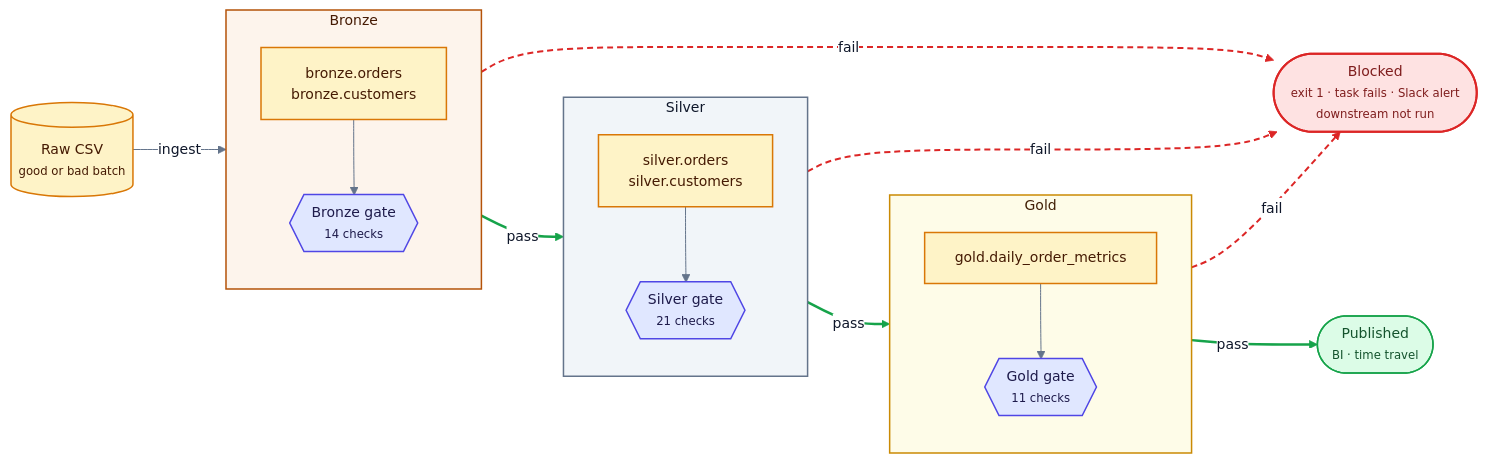
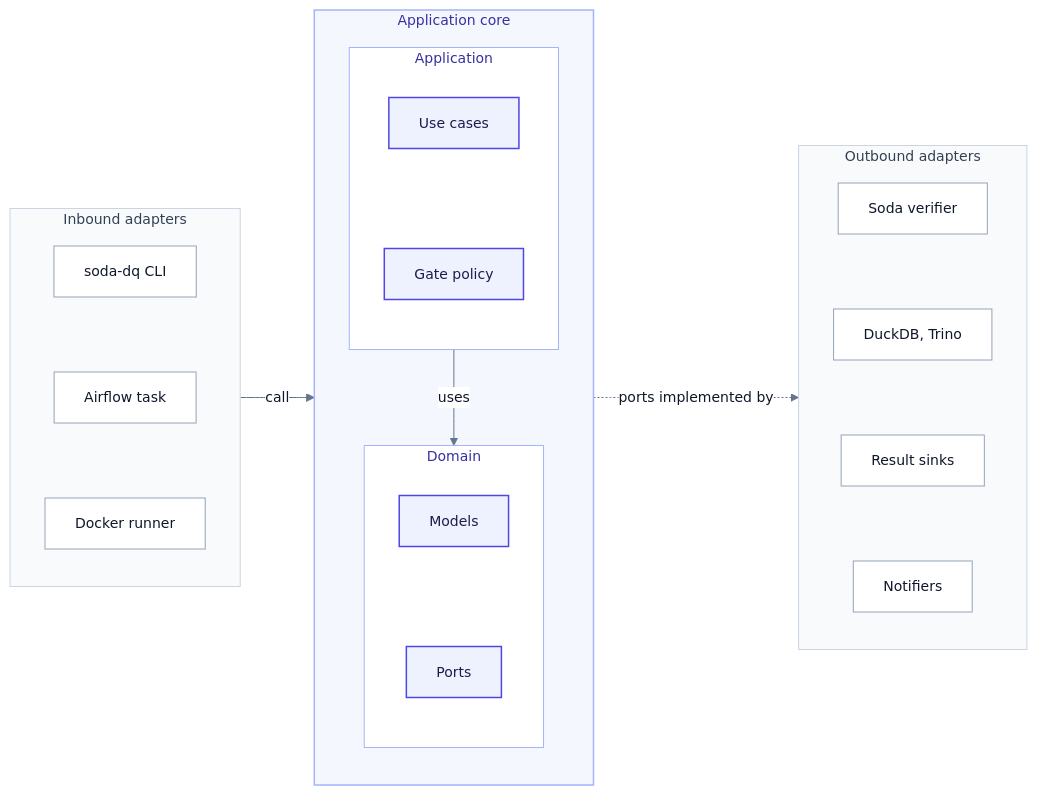
The second of 7 diagrams in docs/architecture.md (santoshshinde2012/lakehouse-quality-gates), drawn with Mermaid before and after one commit. The commit also changed other lines of this file and 21 other files, not shown here.

Commit message:
docs: professional system architecture diagram

````diff
--- a/docs/architecture.md
+++ b/docs/architecture.md
@@ -115,46 +81,48 @@
 ```mermaid
-%%{init: {'theme':'base','themeVariables':{'fontFamily':'Inter, system-ui, -apple-system, Segoe UI, Helvetica, Arial, sans-serif','fontSize':'14px','primaryColor':'#eef2ff','primaryTextColor':'#0f172a','primaryBorderColor':'#6366f1','secondaryColor':'#f1f5f9','secondaryTextColor':'#0f172a','secondaryBorderColor':'#94a3b8','tertiaryColor':'#f8fafc','tertiaryTextColor':'#0f172a','tertiaryBorderColor':'#cbd5e1','lineColor':'#64748b','textColor':'#0f172a','nodeTextColor':'#0f172a','titleColor':'#0f172a','clusterBkg':'#f8fafc','clusterBorder':'#94a3b8','edgeLabelBackground':'#ffffff','noteBkgColor':'#fef9c3','noteTextColor':'#422006','noteBorderColor':'#ca8a04','actorBkg':'#eef2ff','actorBorder':'#6366f1','actorTextColor':'#1e1b4b','actorLineColor':'#94a3b8','signalColor':'#334155','signalTextColor':'#0f172a','labelBoxBkgColor':'#eef2ff','labelBoxBorderColor':'#6366f1','labelTextColor':'#1e1b4b','loopTextColor':'#1e1b4b','activationBkgColor':'#e0e7ff','activationBorderColor':'#4f46e5','sequenceNumberColor':'#ffffff','classText':'#0f172a'}}}%%
+%%{init: {'theme':'base','themeVariables':{'fontFamily':'Inter, system-ui, -apple-system, Segoe UI, Helvetica, Arial, sans-serif','fontSize':'14px','primaryColor':'#ffffff','primaryTextColor':'#0f172a','primaryBorderColor':'#94a3b8','secondaryColor':'#f8fafc','tertiaryColor':'#f8fafc','lineColor':'#64748b','textColor':'#0f172a','clusterBkg':'#f8fafc','clusterBorder':'#cbd5e1','titleColor':'#334155','edgeLabelBackground':'#ffffff','noteBkgColor':'#f8fafc','noteTextColor':'#0f172a','noteBorderColor':'#cbd5e1','actorBkg':'#ffffff','actorBorder':'#94a3b8','actorTextColor':'#0f172a','actorLineColor':'#94a3b8','signalColor':'#475569','signalTextColor':'#0f172a','labelBoxBkgColor':'#f8fafc','labelBoxBorderColor':'#94a3b8','labelTextColor':'#0f172a','loopTextColor':'#0f172a','activationBkgColor':'#eef2ff','activationBorderColor':'#4f46e5','sequenceNumberColor':'#ffffff','classText':'#0f172a'}}}%%
 flowchart LR
-  SRC[("Raw CSV<br/><small>good or bad batch</small>")]:::platform
-  subgraph BRZ["Bronze"]
+  subgraph IN["Inbound adapters"]
     direction TB
-    B["bronze.orders<br/>bronze.customers"]:::platform
-    GB{{"Bronze gate<br/><small>14 checks</small>"}}:::app
+    CLI["soda-dq CLI"]:::node
+    AIR["Airflow task"]:::node
+    DOC["Docker runner"]:::node
+    CLI ~~~ AIR ~~~ DOC
   end
-  subgraph SLV["Silver"]
+  subgraph CORE["Application core"]
     direction TB
-    S["silver.orders<br/>silver.customers"]:::platform
-    GS{{"Silver gate<br/><small>21 checks</small>"}}:::app
+    subgraph APP["Application"]
+      direction TB
+      UC["Use cases"]:::ours
+      POL["Gate policy"]:::ours
+      UC ~~~ POL
+    end
+    subgraph DOM["Domain"]
+      direction TB
+      MOD["Models"]:::ours
+      PRT["Ports"]:::ours
+      MOD ~~~ PRT
+    end
+    APP -->|uses| DOM
   end
-  subgraph GLD["Gold"]
+  subgraph OUTB["Outbound adapters"]
     direction TB
-    G["gold.daily_order_metrics"]:::platform
-    GG{{"Gold gate<br/><small>11 checks</small>"}}:::app
+    VER["Soda verifier"]:::node
+    ENG["DuckDB, Trino"]:::node
+    SNK["Result sinks"]:::node
+    NOT["Notifiers"]:::node
+    VER ~~~ ENG ~~~ SNK ~~~ NOT
   end
-  OK(["Published<br/><small>BI · time travel</small>"]):::pass
-  X(["Blocked<br/><small>exit 1 · task fails · Slack alert<br/>downstream not run</small>"]):::fail
-  SRC -->|ingest| B
-  B --> GB
-  GB -->|pass| S
-  S --> GS
-  GS -->|pass| G
-  G --> GG
-  GG -->|pass| OK
-  GB -->|fail| X
-  GS -->|fail| X
-  GG -->|fail| X
-  classDef entry fill:#e0f2fe,stroke:#0284c7,stroke-width:1.5px,color:#0c4a6e
-  classDef root fill:#e2e8f0,stroke:#475569,stroke-width:1.5px,color:#0f172a
-  classDef app fill:#e0e7ff,stroke:#4f46e5,stroke-width:1.5px,color:#1e1b4b
-  classDef domain fill:#ede9fe,stroke:#7c3aed,stroke-width:1.5px,color:#2e1065
-  classDef adapter fill:#ccfbf1,stroke:#0d9488,stroke-width:1.5px,color:#134e4a
-  classDef platform fill:#fef3c7,stroke:#d97706,stroke-width:1.5px,color:#451a03
-  classDef xcut fill:#f1f5f9,stroke:#64748b,stroke-width:1.5px,stroke-dasharray:4 3,color:#1e293b
-  classDef pass fill:#dcfce7,stroke:#16a34a,stroke-width:1.5px,color:#14532d
-  classDef fail fill:#fee2e2,stroke:#dc2626,stroke-width:2px,color:#7f1d1d
-  style BRZ fill:#fdf4ec,stroke:#b45309,stroke-width:1.5px,color:#451a03
-  style SLV fill:#f1f5f9,stroke:#64748b,stroke-width:1.5px,color:#0f172a
-  style GLD fill:#fefce8,stroke:#ca8a04,stroke-width:1.5px,color:#422006
-  linkStyle 2,4,6 stroke:#16a34a,stroke-width:2.5px
-  linkStyle 7,8,9 stroke:#dc2626,stroke-width:2px,stroke-dasharray:6 4
+  IN -->|call| CORE
+  CORE -. ports implemented by .-> OUTB
+  classDef node fill:#ffffff,stroke:#94a3b8,stroke-width:1px,color:#0f172a
+  classDef store fill:#f1f5f9,stroke:#64748b,stroke-width:1px,color:#0f172a
+  classDef ours fill:#eef2ff,stroke:#4f46e5,stroke-width:1.5px,color:#1e1b4b
+  classDef actor fill:#ffffff,stroke:#64748b,stroke-width:1px,color:#0f172a
+  classDef blocked fill:#fef2f2,stroke:#dc2626,stroke-width:1.5px,color:#7f1d1d
+  classDef pass fill:#f0fdf4,stroke:#16a34a,stroke-width:1.5px,color:#14532d
+  style IN fill:#f8fafc,stroke:#cbd5e1,stroke-width:1px,color:#334155
+  style OUTB fill:#f8fafc,stroke:#cbd5e1,stroke-width:1px,color:#334155
+  style CORE fill:#f5f7ff,stroke:#a5b4fc,stroke-width:1.5px,color:#3730a3
+  style APP fill:#ffffff,stroke:#a5b4fc,stroke-width:1px,color:#3730a3
+  style DOM fill:#ffffff,stroke:#a5b4fc,stroke-width:1px,color:#3730a3
 ```
````
